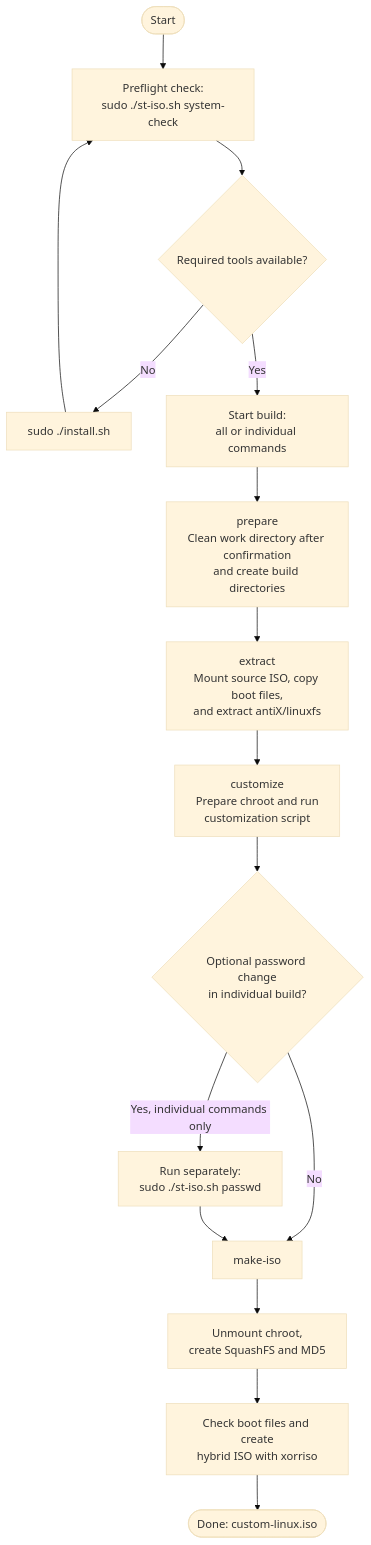
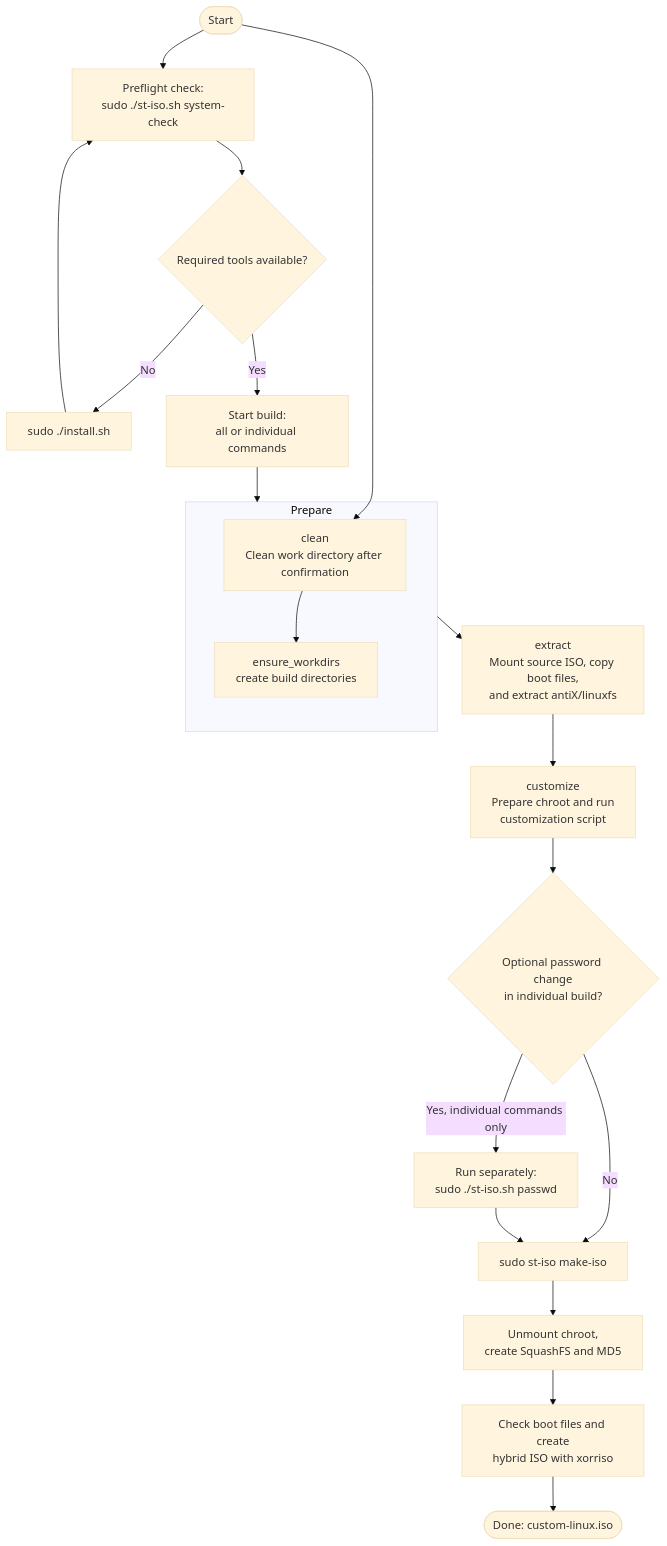
The second of 2 diagrams in MANUAL.md (mr-4and3/livelinux), drawn with Mermaid (base theme) before and after one commit. The commit also changed other lines of this file and 3 other files, not shown here.

````diff
--- a/MANUAL.md
+++ b/MANUAL.md
@@ -111,18 +127,28 @@
 ```mermaid
 flowchart TD
-    A([Start]) --> B["Preflight check:<br/>sudo ./st-iso.sh system-check"]
-    B --> C{Required tools available?}
-    C -- No --> D["sudo ./install.sh"]
-    D --> B
-    C -- Yes --> E["Start build:<br/>all or individual commands"]
-    E --> F["prepare<br/>Clean work directory after confirmation<br/>and create build directories"]
-    F --> G["extract<br/>Mount source ISO, copy boot files,<br/>and extract antiX/linuxfs"]
-    G --> H["customize<br/>Prepare chroot and run<br/>customization script"]
-    H --> I{Optional password change<br/>in individual build?}
-    I -- Yes, individual commands only --> J["Run separately:<br/>sudo ./st-iso.sh passwd"]
-    I -- No --> K["make-iso"]
-    J --> K
-    K --> L["Unmount chroot,<br/>create SquashFS and MD5"]
-    L --> M["Check boot files and create<br/>hybrid ISO with xorriso"]
-    M --> N([Done: custom-linux.iso])
+
+    subgraph Prepare[Prepare]
+        Clean["clean<br>Clean work directory after confirmation"]
+
+        EnsureWorkDir["ensure_workdirs<br>create build directories"]
+        Clean --> EnsureWorkDir
+    end
+
+
+    Start([Start]) --> Systemcheck["Preflight check:<br/>sudo ./st-iso.sh system-check"]
+    Start --> Clean
+    Systemcheck --> QReqTool{Required tools available?}
+    QReqTool -- No --> Install["sudo ./install.sh"]
+    Install --> Systemcheck
+    QReqTool -- Yes --> StartBuild["Start build:<br/>all or individual commands"]
+    StartBuild --> Prepare
+    Prepare --> Extract["extract<br/>Mount source ISO, copy boot files,<br/>and extract antiX/linuxfs"]
+    Extract --> Customize["customize<br/>Prepare chroot and run<br/>customization script"]
+    Customize --> QPassword{Optional password change<br/>in individual build?}
+    QPassword -- Yes, individual commands only --> SetPassword["Run separately:<br/>sudo ./st-iso.sh passwd"]
+    QPassword -- No --> MakeIso["sudo st-iso make-iso"]
+    SetPassword --> MakeIso
+    MakeIso --> Umount["Unmount chroot,<br/>create SquashFS and MD5"]
+    Umount --> CheckXorriso["Check boot files and create<br/>hybrid ISO with xorriso"]
+    CheckXorriso --> Done([Done: custom-linux.iso])
 ```
````
